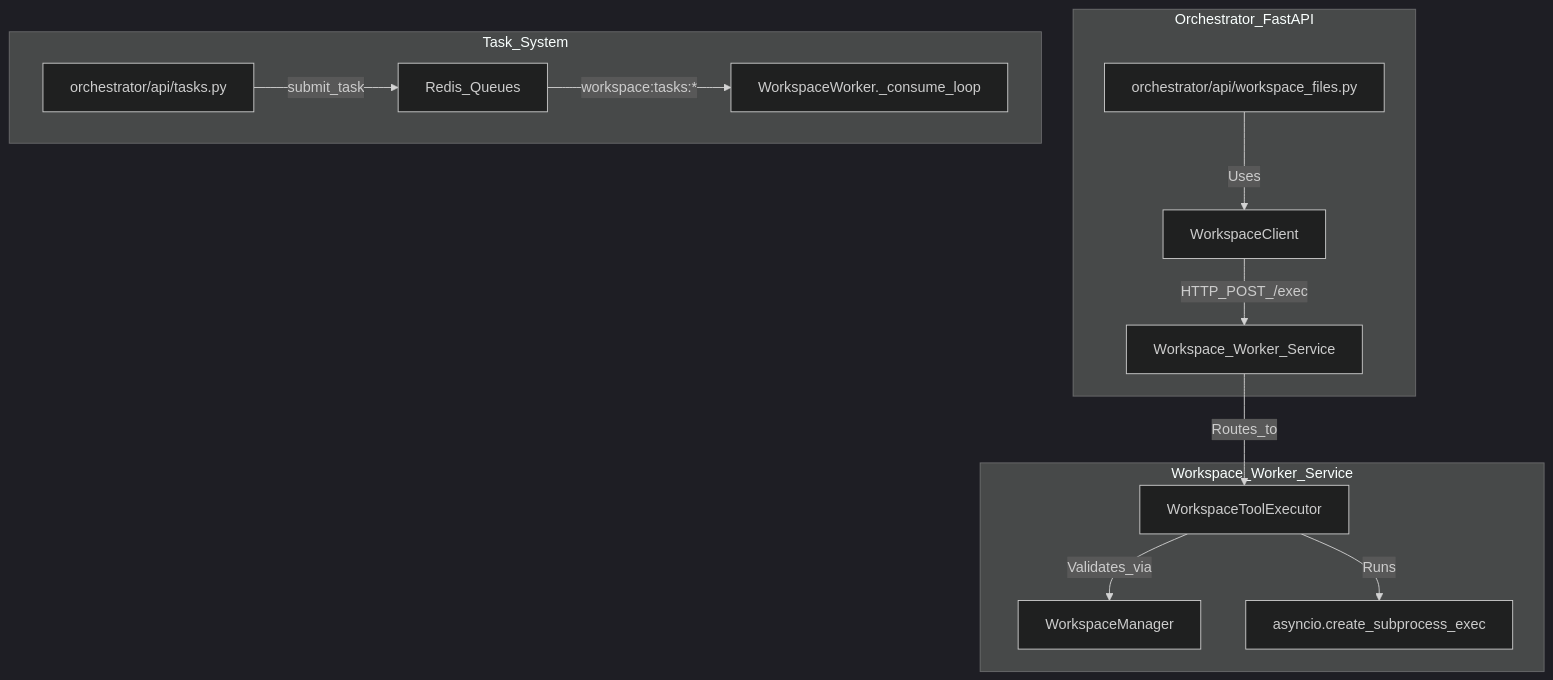
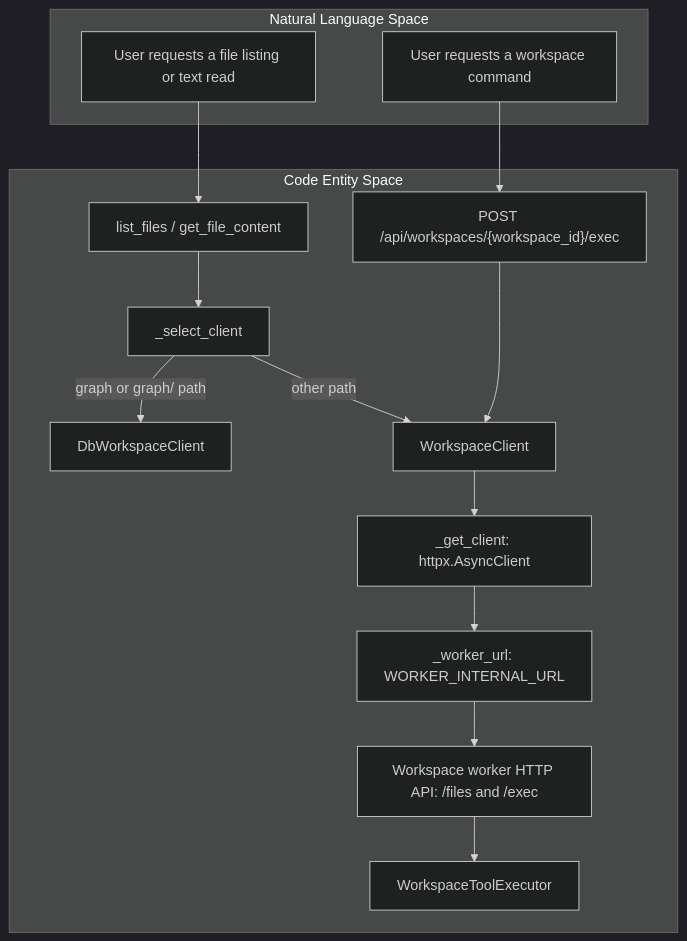
One commit to AutomatosAI/automatos-ai changed the first of 3 diagrams in docs/workspace-execution/file-operations-command-execution.md. Above: the diagram before and after it, drawn with Mermaid (dark theme). The commit also changed other lines of this file and 188 other files, not shown here.

First line of the commit message:
docs: refresh architecture docs and add coverage for new subsystems (#1416)

````diff
--- a/docs/workspace-execution/file-operations-command-execution.md
+++ b/docs/workspace-execution/file-operations-command-execution.md
@@ -54,18 +75,20 @@
 ```mermaid
 graph TD
-    subgraph "Orchestrator_FastAPI"
-        A["orchestrator/api/workspace_files.py"] -- "Uses" --> B["WorkspaceClient"]
-        B -- "HTTP_POST_/exec" --> C["Workspace_Worker_Service"]
+    subgraph Natural_Language_Space["Natural Language Space"]
+        UserFiles["User requests a file listing or text read"]
+        UserCommand["User requests a workspace command"]
     end
 
-    subgraph "Workspace_Worker_Service"
-        C -- "Routes_to" --> D["WorkspaceToolExecutor"]
-        D -- "Validates_via" --> E["WorkspaceManager"]
-        D -- "Runs" --> F["asyncio.create_subprocess_exec"]
-    end
-
-    subgraph "Task_System"
-        G["orchestrator/api/tasks.py"] -- "submit_task" --> H["Redis_Queues"]
-        H -- "workspace:tasks:*" --> I["WorkspaceWorker._consume_loop"]
+    subgraph Code_Entity_Space["Code Entity Space"]
+        UserFiles --> FilesAPI["list_files / get_file_content"]
+        FilesAPI --> SelectClient["_select_client"]
+        SelectClient -->|"graph or graph/ path"| DbClient["DbWorkspaceClient"]
+        SelectClient -->|"other path"| WorkspaceClient["WorkspaceClient"]
+        UserCommand --> ExecAPI["POST /api/workspaces/{workspace_id}/exec"]
+        ExecAPI --> WorkspaceClient
+        WorkspaceClient --> HttpClient["_get_client: httpx.AsyncClient"]
+        HttpClient --> WorkerURL["_worker_url: WORKER_INTERNAL_URL"]
+        WorkerURL --> Worker["Workspace worker HTTP API: /files and /exec"]
+        Worker --> Executor["WorkspaceToolExecutor"]
     end
 ```
````
